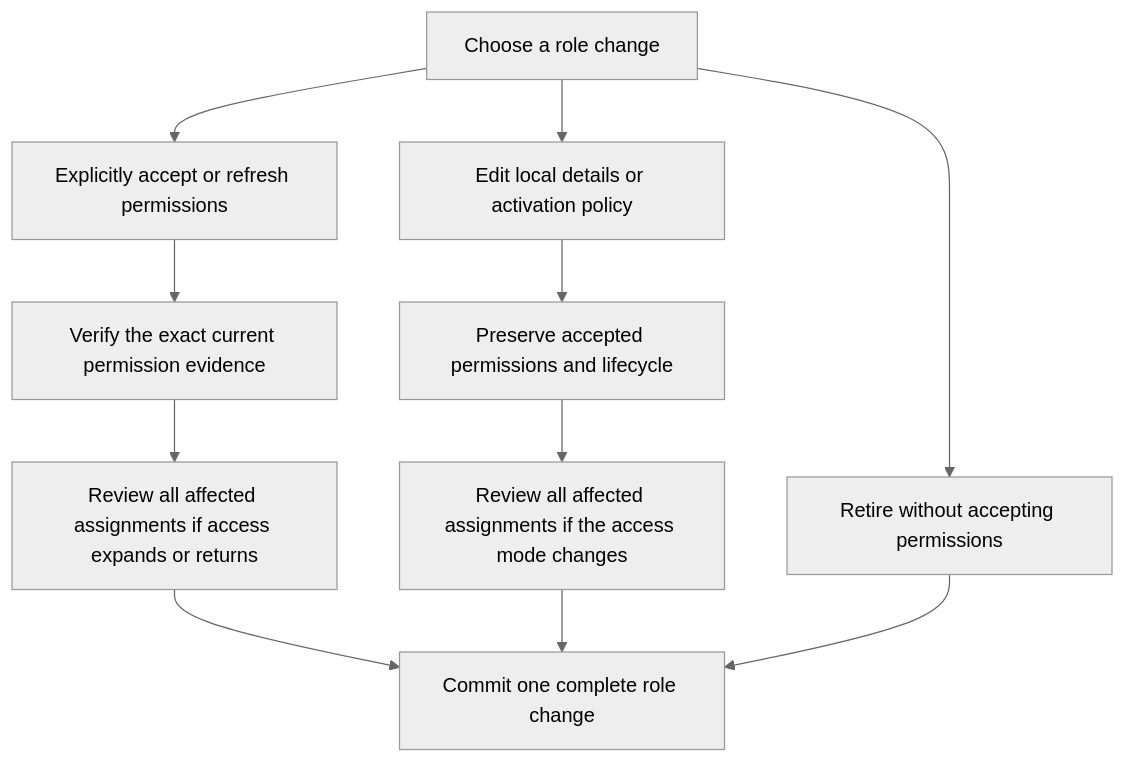
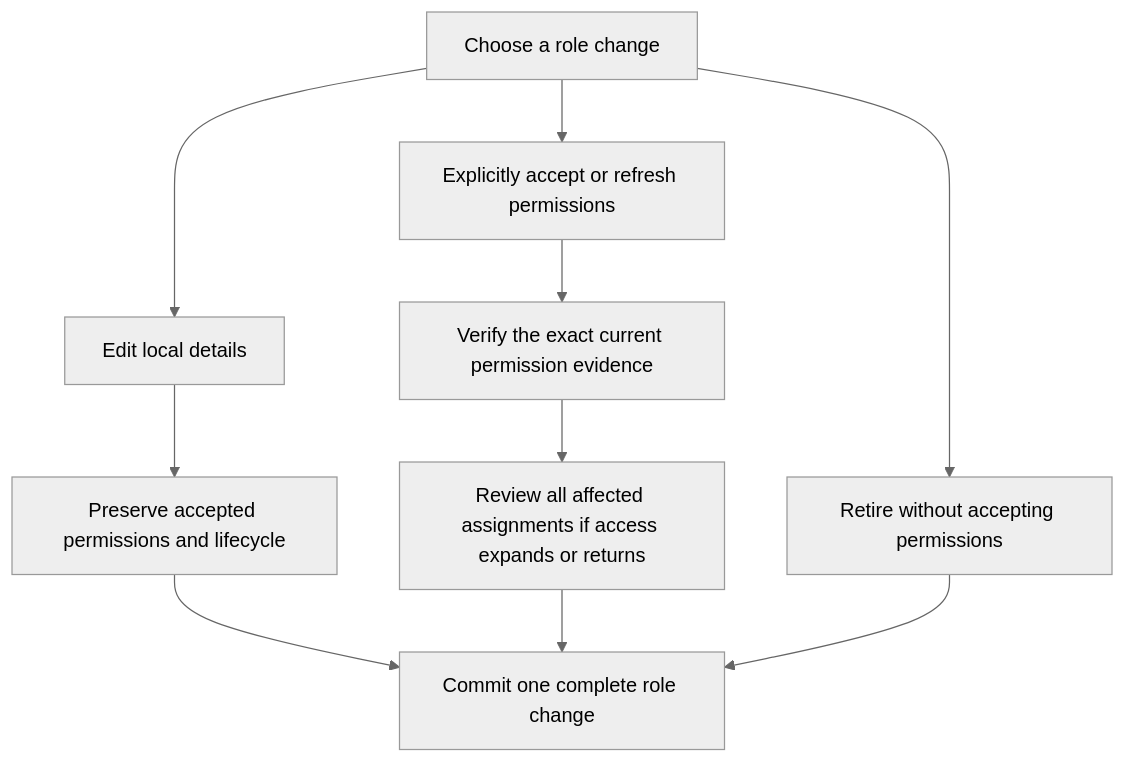
The first of 2 diagrams in docs/specification/appendices/groups-and-privileged-access.md (Abzum-NZ/Abzum-Vortex), drawn with Mermaid (neutral theme) before and after one commit. The commit also changed other lines of this file and 50 other files, not shown here.

````diff
--- a/docs/specification/appendices/groups-and-privileged-access.md
+++ b/docs/specification/appendices/groups-and-privileged-access.md
@@ -41,13 +70,12 @@
 ```mermaid
 flowchart TD
-    CHANGE[Choose a role change] --> EDIT[Edit local details or activation policy]
+    CHANGE[Choose a role change] --> EDIT[Edit local details]
     EDIT --> KEEP[Preserve accepted permissions and lifecycle]
     CHANGE --> ACCEPT[Explicitly accept or refresh permissions]
     ACCEPT --> CURRENT[Verify the exact current permission evidence]
     CURRENT --> REVIEW[Review all affected assignments if access expands or returns]
-    KEEP --> MODE[Review all affected assignments if the access mode changes]
+    KEEP --> COMMIT[Commit one complete role change]
+    REVIEW --> COMMIT
     CHANGE --> RETIRE[Retire without accepting permissions]
-    REVIEW --> COMMIT[Commit one complete role change]
-    MODE --> COMMIT
     RETIRE --> COMMIT
 ```
````
